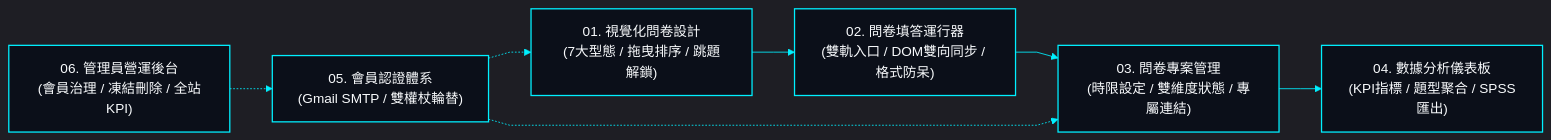
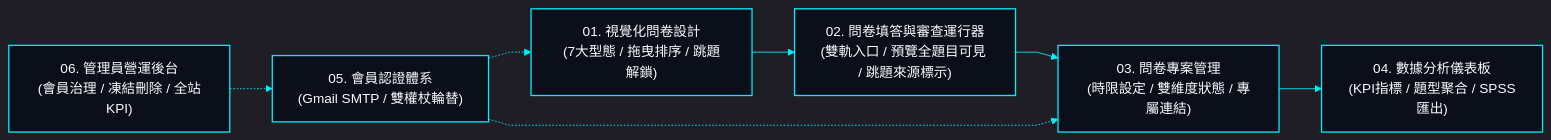
One commit to EricXJason/survey-flow changed the first of 3 diagrams in README.md. Above: the diagram before and after it, drawn with Mermaid. The commit also changed other lines of this file and 9 other files, not shown here.

````diff
--- a/README.md
+++ b/README.md
@@ -24,17 +24,17 @@
 ```mermaid
 %%{init: {'theme': 'dark', 'themeVariables': { 'darkMode': true, 'background': '#030712', 'primaryColor': '#0b0f19', 'primaryTextColor': '#f8fafc', 'primaryBorderColor': '#00f0ff', 'lineColor': '#00f0ff', 'edgeLabelBackground': 'transparent', 'fontFamily': 'system-ui, sans-serif' }, 'flowchart': { 'curve': 'linear' } }}%%
 flowchart LR
     classDef hudCard fill:#0b0f19,stroke:#00f0ff,stroke-width:1.5px,color:#f8fafc,rx:0px,ry:0px;
 
     M1["01. 視覺化問卷設計<br/>(7大型態 / 拖曳排序 / 跳題解鎖)"]:::hudCard
-    M2["02. 問卷填答運行器<br/>(雙軌入口 / DOM雙向同步 / 格式防呆)"]:::hudCard
+    M2["02. 問卷填答與審查運行器<br/>(雙軌入口 / 預覽全題目可見 / 跳題來源標示)"]:::hudCard
     M3["03. 問卷專案管理<br/>(時限設定 / 雙維度狀態 / 專屬連結)"]:::hudCard
     M4["04. 數據分析儀表板<br/>(KPI指標 / 題型聚合 / SPSS匯出)"]:::hudCard
     M5["05. 會員認證體系<br/>(Gmail SMTP / 雙權杖輪替)"]:::hudCard
     M6["06. 管理員營運後台<br/>(會員治理 / 凍結刪除 / 全站KPI)"]:::hudCard
 
     M1 --> M2 --> M3 --> M4
     M5 -.-> M1
     M5 -.-> M3
     M6 -.-> M5
 ```
````
